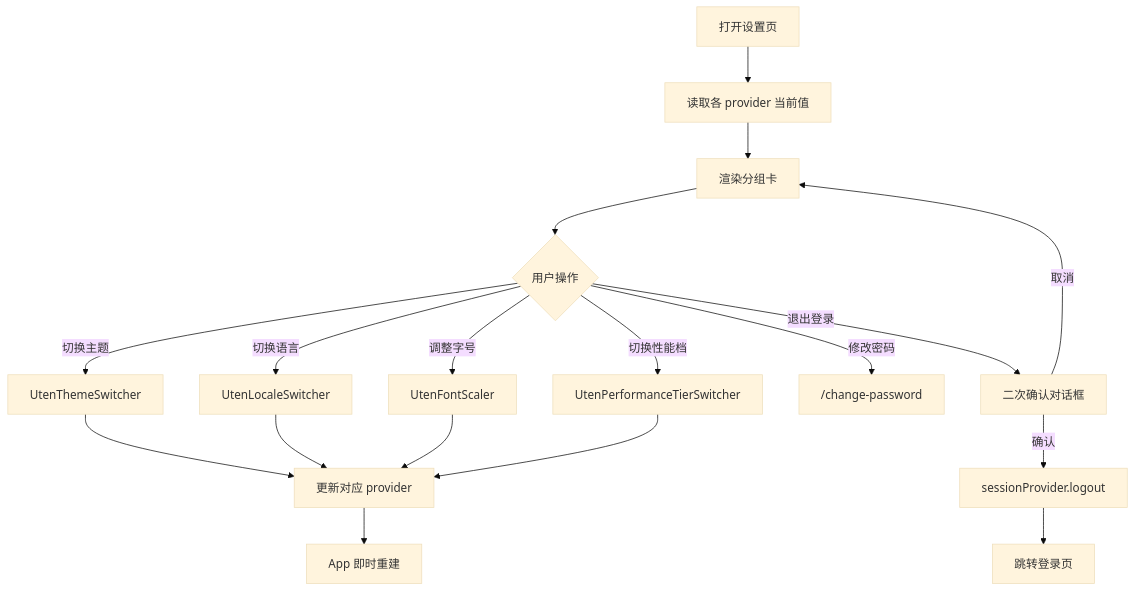
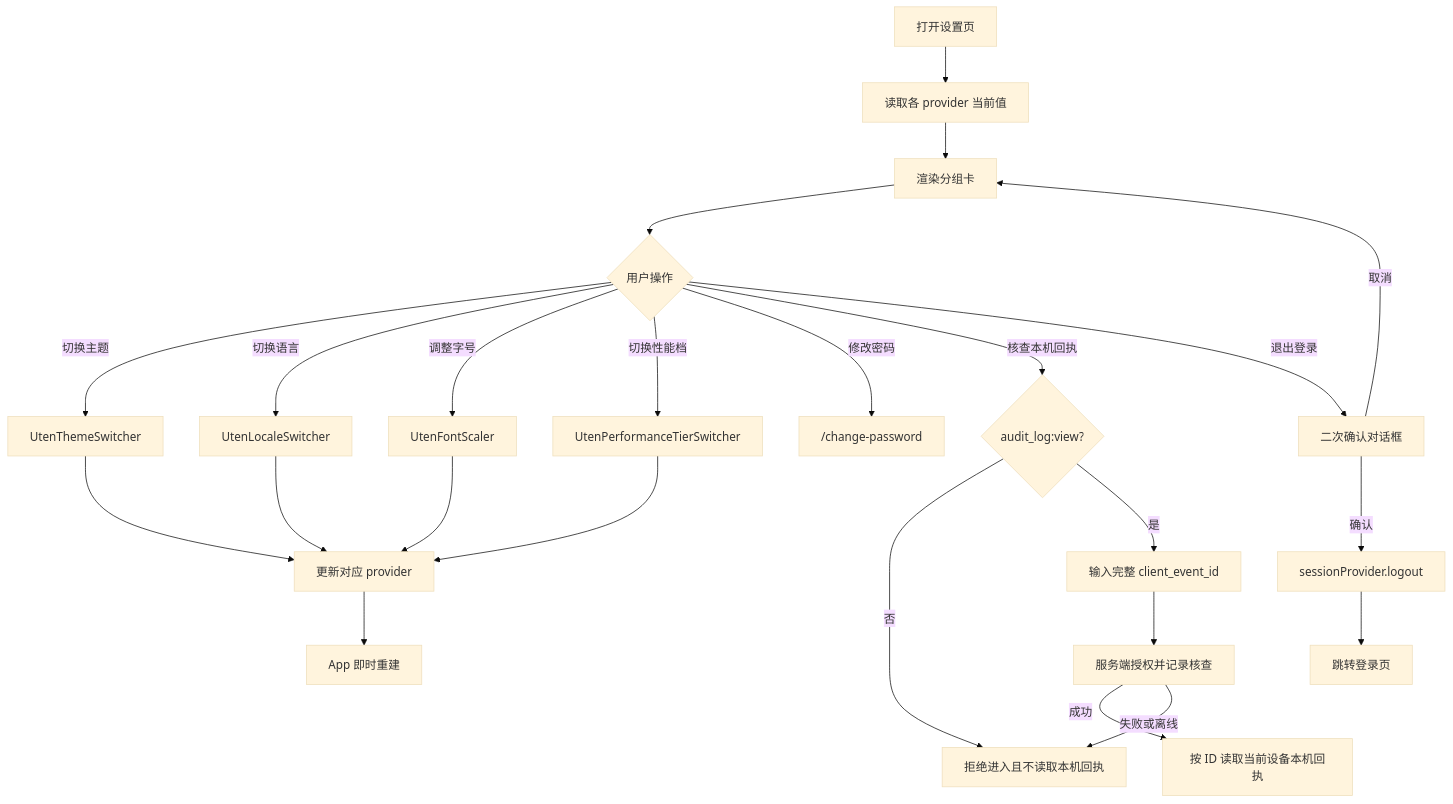
Before and after one commit to BruceChu0424/utenelec_imp: the diagram in docs/03-页面/设置页.md, drawn with Mermaid (base theme). The commit also changed other lines of this file and 252 other files, not shown here.

````diff
--- a/docs/03-页面/设置页.md
+++ b/docs/03-页面/设置页.md
@@ -90,20 +119,26 @@
 ```mermaid
 flowchart TD
     A[打开设置页] --> B[读取各 provider 当前值]
     B --> R[渲染分组卡]
     R --> OP{用户操作}
     OP -->|切换主题| T[UtenThemeSwitcher]
     OP -->|切换语言| L[UtenLocaleSwitcher]
     OP -->|调整字号| F[UtenFontScaler]
     OP -->|切换性能档| P[UtenPerformanceTierSwitcher]
     OP -->|修改密码| CP["/change-password"]
+    OP -->|核查本机回执| AR{audit_log:view?}
+    AR -->|否| DENY[拒绝进入且不读取本机回执]
+    AR -->|是| ID[输入完整 client_event_id]
+    ID --> VERIFY[服务端授权并记录核查]
+    VERIFY -->|成功| LOCAL[按 ID 读取当前设备本机回执]
+    VERIFY -->|失败或离线| DENY
     T --> UP[更新对应 provider]
     L --> UP
     F --> UP
     P --> UP
     UP --> I[App 即时重建]
     OP -->|退出登录| C[二次确认对话框]
     C -->|确认| LO[sessionProvider.logout]
     LO --> EXIT[跳转登录页]
     C -->|取消| R
 ```
````
